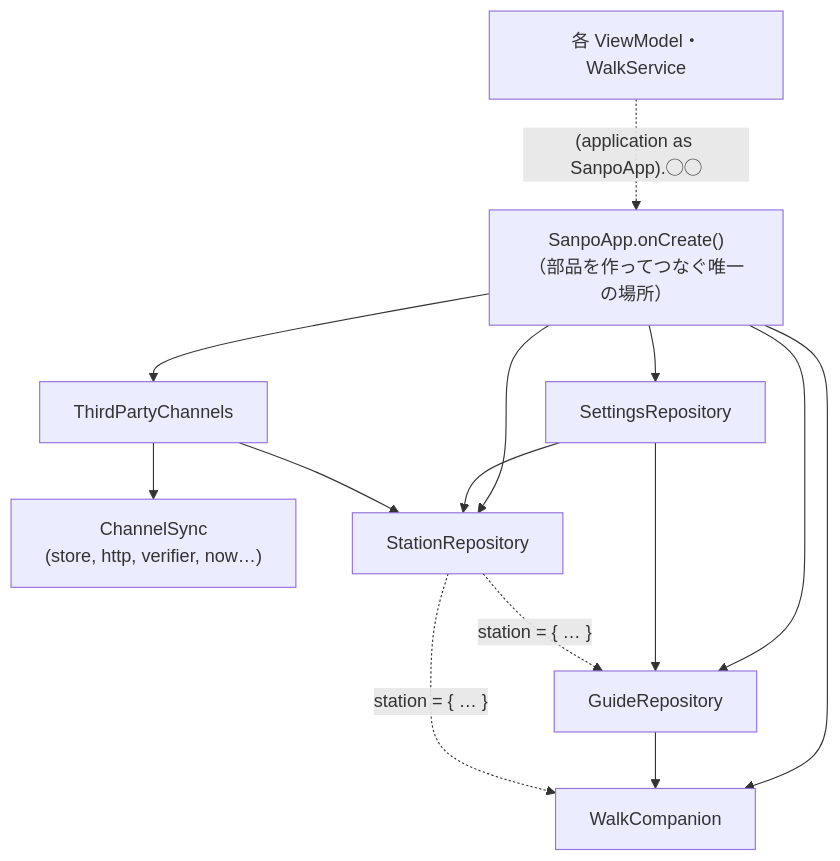
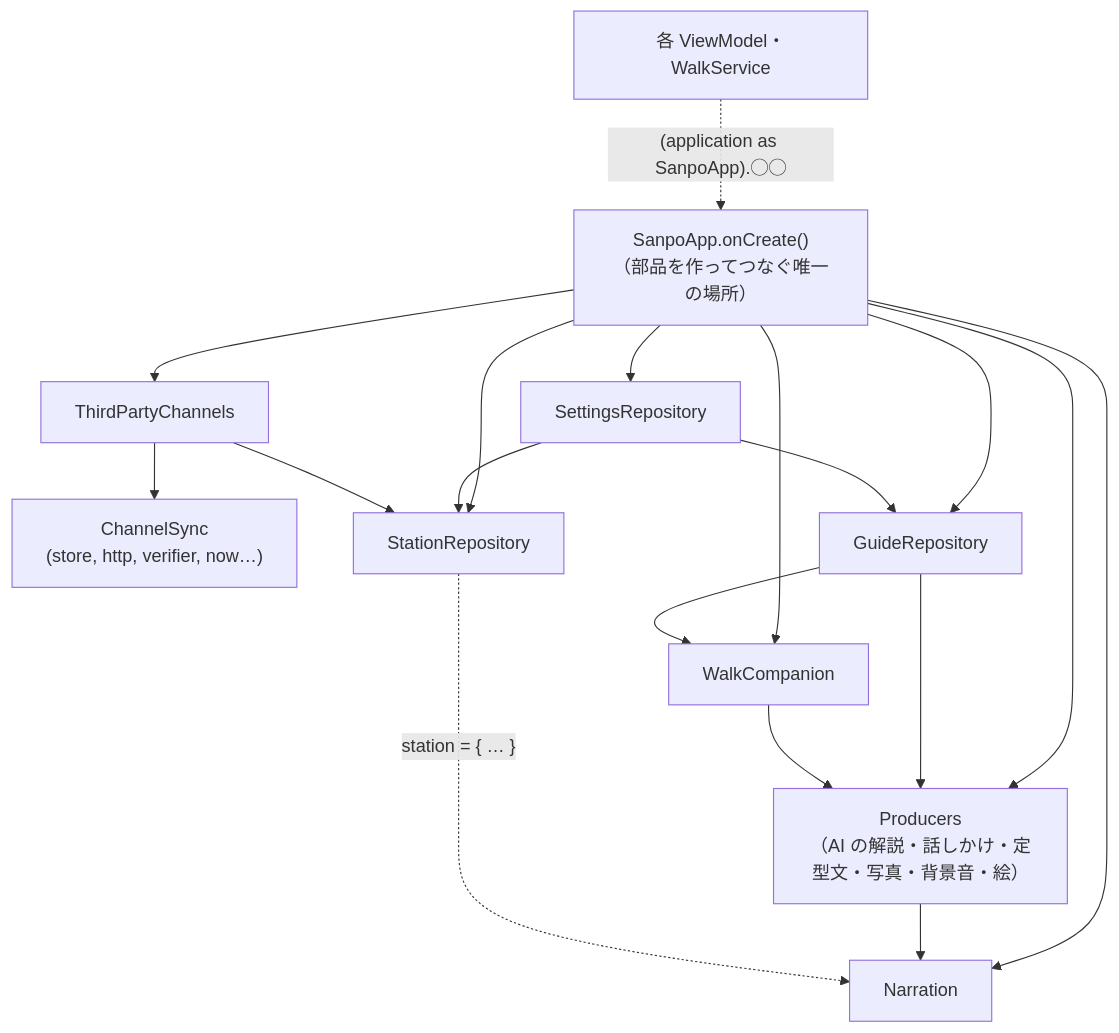
Before and after one commit to duwenji/yorisoi-tutorial: the diagram in 02-compose/03-manual-di.md, drawn with Mermaid. The commit also changed other lines of this file and 62 other files, not shown here.

````diff
--- a/02-compose/03-manual-di.md
+++ b/02-compose/03-manual-di.md
@@ -183,17 +210,21 @@
 ```mermaid
 flowchart TB
     APP["SanpoApp.onCreate()<br/>（部品を作ってつなぐ唯一の場所）"]
     APP --> S["SettingsRepository"]
     APP --> CH["ThirdPartyChannels"]
     CH --> CS["ChannelSync<br/>(store, http, verifier, now…)"]
     APP --> ST["StationRepository"]
     S --> ST
     CH --> ST
     APP --> G["GuideRepository"]
     S --> G
-    ST -. "station = { … }" .-> G
     APP --> WC["WalkCompanion"]
     G --> WC
-    ST -. "station = { … }" .-> WC
+    APP --> PR["Producers<br/>（AI の解説・話しかけ・定型文・写真・背景音・絵）"]
+    G --> PR
+    WC --> PR
+    APP --> N["Narration"]
+    PR --> N
+    ST -. "station = { … }" .-> N
     VM["各 ViewModel・WalkService"] -. "(application as SanpoApp).◯◯" .-> APP
 ```
````
